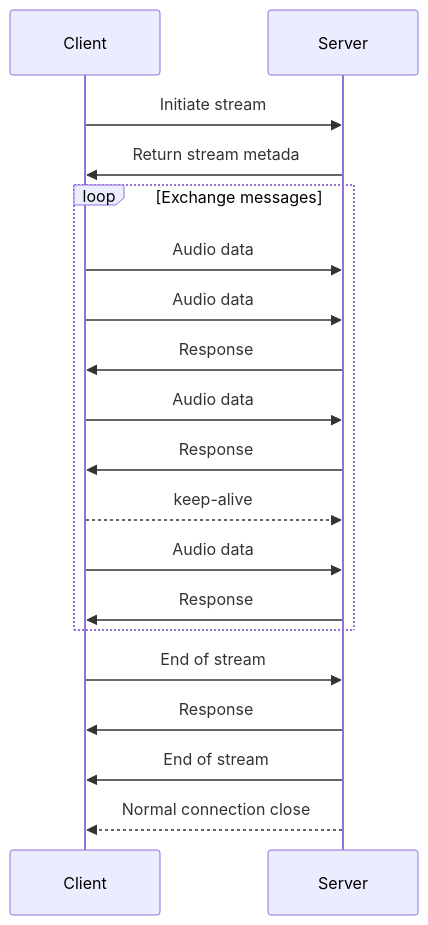
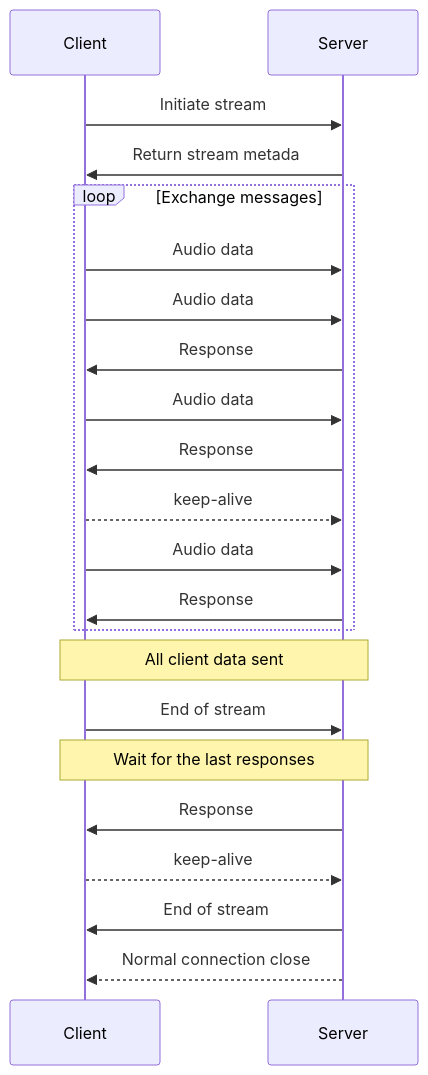
Before and after one commit to Vatis-Tech/docs: the first of 7 diagrams in integration/websocket.mdx, drawn with Mermaid.

Commit message:
VAT-2487: added indication on websocket overview diagram

````diff
--- a/integration/websocket.mdx
+++ b/integration/websocket.mdx
@@ -14,24 +14,27 @@
   ```mermaid
     sequenceDiagram
         participant C as Client
         participant S as Server
 
         C->>S: Initiate stream
         S->>C: Return stream metada
 
         loop Exchange messages
             C->>S: Audio data
             C->>S: Audio data
             S->>C: Response
             C->>S: Audio data
             S->>C: Response
             C-->>S: keep-alive
             C->>S: Audio data
             S->>C: Response
         end
 
+        note over S,C: All client data sent
         C->>S: End of stream
+        note over S,C: Wait for the last responses
         S->>C: Response
+        C-->>S: keep-alive
         S->>C: End of stream
         S-->>C: Normal connection close
     ```
````
